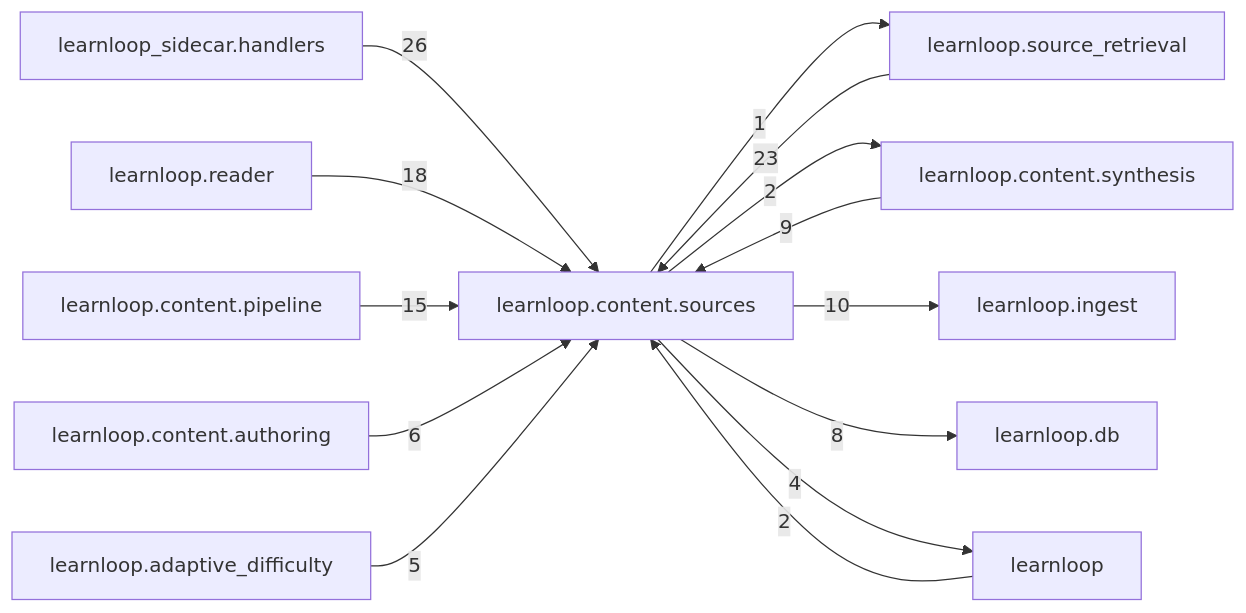
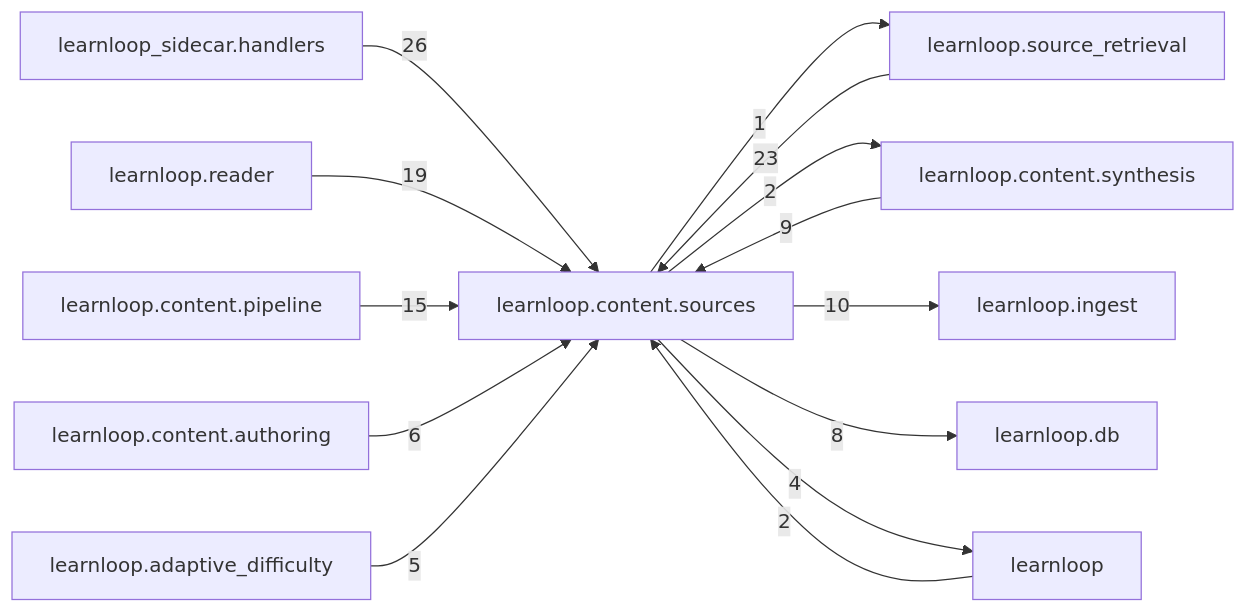
Before and after one commit to 6up-b/learnanything: the diagram in docs/learnloop-architecture-vault/Reference/Modules/learnloop/content/sources/_package.md, drawn with Mermaid. The commit also changed other lines of this file and 35 other files, not shown here.

````diff
--- a/docs/learnloop-architecture-vault/Reference/Modules/learnloop/content/sources/_package.md
+++ b/docs/learnloop-architecture-vault/Reference/Modules/learnloop/content/sources/_package.md
@@ -124,27 +124,27 @@
 ```mermaid
 flowchart LR
     center["learnloop.content.sources"]
     n_learnloop_sidecar_handlers["learnloop_sidecar.handlers"]
     n_learnloop_source_retrieval["learnloop.source_retrieval"]
     n_learnloop_reader["learnloop.reader"]
     n_learnloop_content_pipeline["learnloop.content.pipeline"]
     n_learnloop_content_synthesis["learnloop.content.synthesis"]
     n_learnloop_ingest["learnloop.ingest"]
     n_learnloop_db["learnloop.db"]
     n_learnloop["learnloop"]
     n_learnloop_content_authoring["learnloop.content.authoring"]
     n_learnloop_adaptive_difficulty["learnloop.adaptive_difficulty"]
     n_learnloop_sidecar_handlers -->|26| center
     n_learnloop_source_retrieval -->|23| center
     center -->|1| n_learnloop_source_retrieval
-    n_learnloop_reader -->|18| center
+    n_learnloop_reader -->|19| center
     n_learnloop_content_pipeline -->|15| center
     n_learnloop_content_synthesis -->|9| center
     center -->|2| n_learnloop_content_synthesis
     center -->|10| n_learnloop_ingest
     center -->|8| n_learnloop_db
     n_learnloop -->|2| center
     center -->|4| n_learnloop
     n_learnloop_content_authoring -->|6| center
     n_learnloop_adaptive_difficulty -->|5| center
 ```
````
